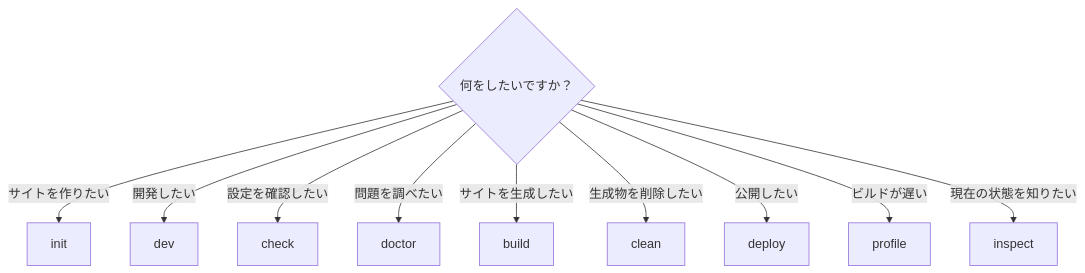
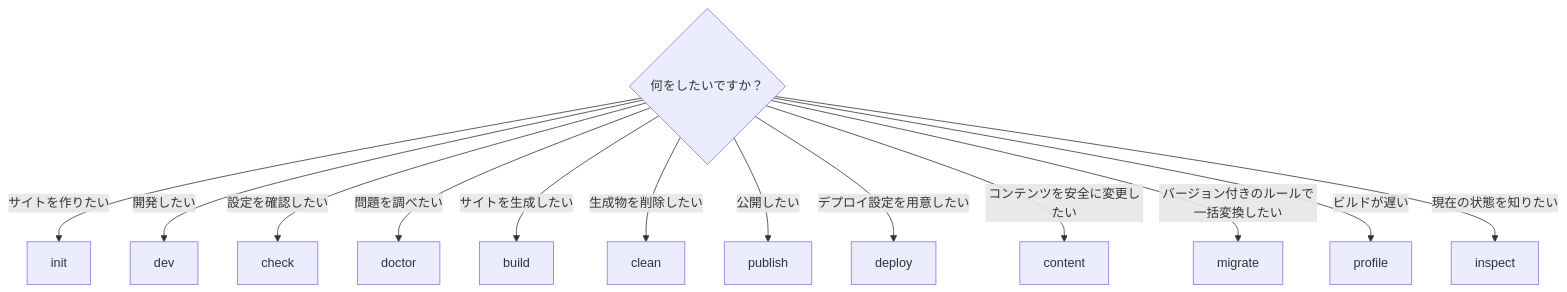
One commit to Rerurate514/riebeckite changed the first of 3 diagrams in docs/docs/reference/cli.ja.md. Above: the diagram before and after it, drawn with Mermaid. The commit also changed other lines of this file and 53 other files, not shown here.

````diff
--- a/docs/docs/reference/cli.ja.md
+++ b/docs/docs/reference/cli.ja.md
@@ -77,14 +77,17 @@
 ```mermaid id="ctqx7e"
 flowchart TD
     Q{"何をしたいですか？"}
 
     Q -->|"サイトを作りたい"| Init["init"]
     Q -->|"開発したい"| Dev["dev"]
     Q -->|"設定を確認したい"| Check["check"]
     Q -->|"問題を調べたい"| Doctor["doctor"]
     Q -->|"サイトを生成したい"| Build["build"]
     Q -->|"生成物を削除したい"| Clean["clean"]
-    Q -->|"公開したい"| Deploy["deploy"]
+    Q -->|"公開したい"| Publish["publish"]
+    Q -->|"デプロイ設定を用意したい"| Deploy["deploy"]
+    Q -->|"コンテンツを安全に変更したい"| Content["content"]
+    Q -->|"バージョン付きのルールで一括変換したい"| Migrate["migrate"]
     Q -->|"ビルドが遅い"| Profile["profile"]
     Q -->|"現在の状態を知りたい"| Inspect["inspect"]
 ```
````
